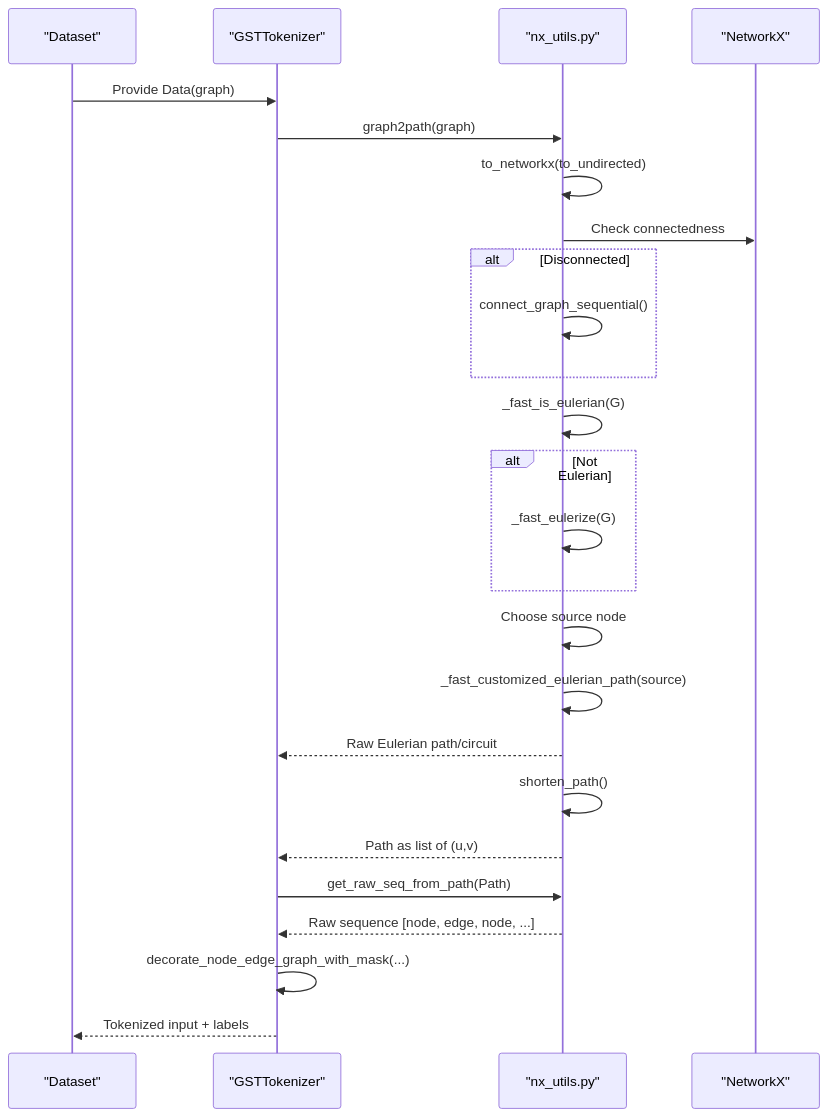
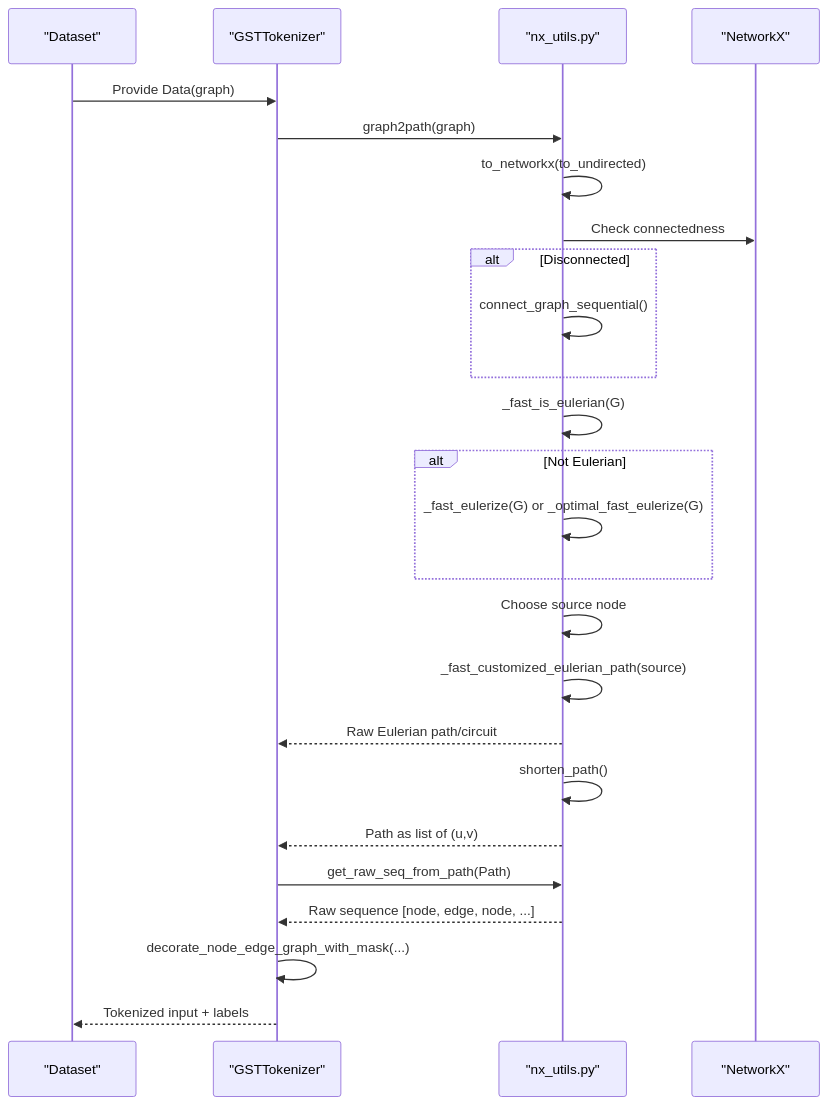
Before and after one commit to alibaba/graph-gpt: the second of 6 diagrams in .qoder/repowiki/en/content/Tokenization System/Eulerian Path Conversion.md, drawn with Mermaid. The commit also changed other lines of this file and 2 other files, not shown here.

````diff
--- a/.qoder/repowiki/en/content/Tokenization System/Eulerian Path Conversion.md
+++ b/.qoder/repowiki/en/content/Tokenization System/Eulerian Path Conversion.md
@@ -114,27 +115,27 @@
 ```mermaid
 sequenceDiagram
 participant DS as "Dataset"
 participant Tok as "GSTTokenizer"
 participant Util as "nx_utils.py"
 participant NX as "NetworkX"
 DS->>Tok : Provide Data(graph)
 Tok->>Util : graph2path(graph)
 Util->>Util : to_networkx(to_undirected)
 Util->>NX : Check connectedness
 alt Disconnected
 Util->>Util : connect_graph_sequential()
 end
 Util->>Util : _fast_is_eulerian(G)
 alt Not Eulerian
-Util->>Util : _fast_eulerize(G)
+Util->>Util : _fast_eulerize(G) or _optimal_fast_eulerize(G)
 end
 Util->>Util : Choose source node
 Util->>Util : _fast_customized_eulerian_path(source)
 Util-->>Tok : Raw Eulerian path/circuit
 Util->>Util : shorten_path()
 Util-->>Tok : Path as list of (u,v)
 Tok->>Util : get_raw_seq_from_path(Path)
 Util-->>Tok : Raw sequence [node, edge, node, ...]
 Tok->>Tok : decorate_node_edge_graph_with_mask(...)
 Tok-->>DS : Tokenized input + labels
 ```
````
